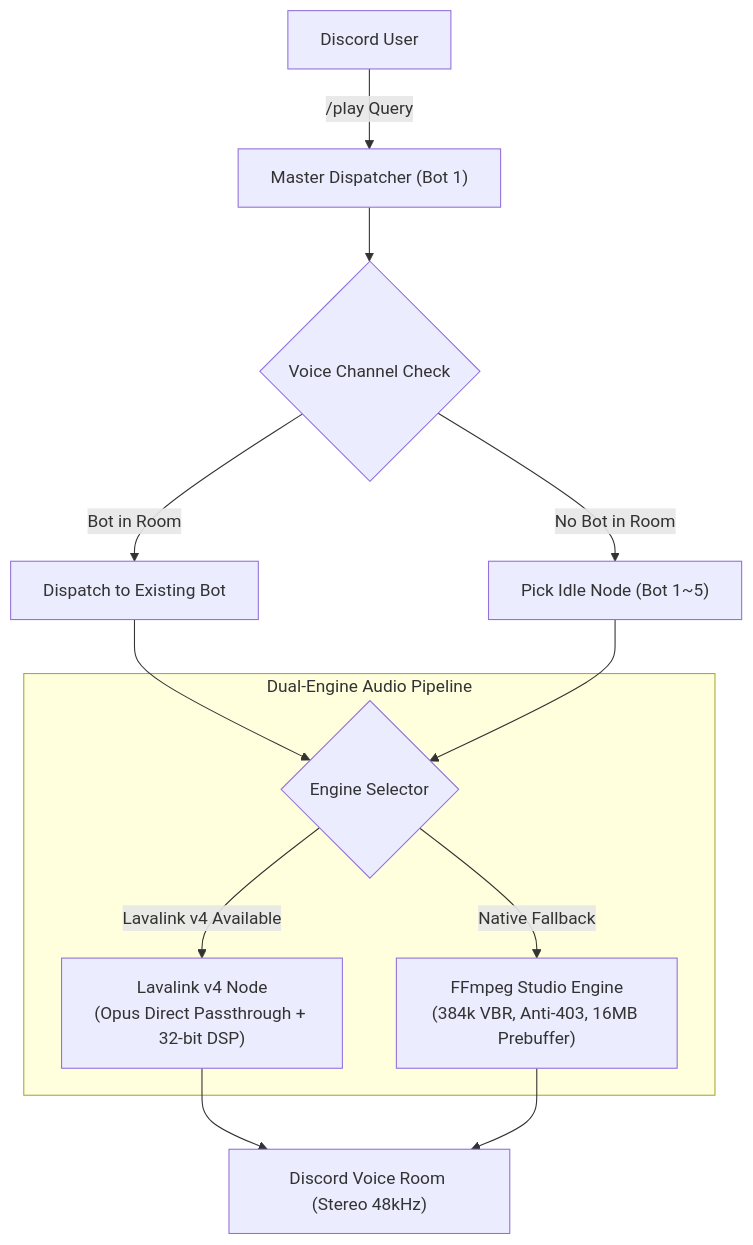
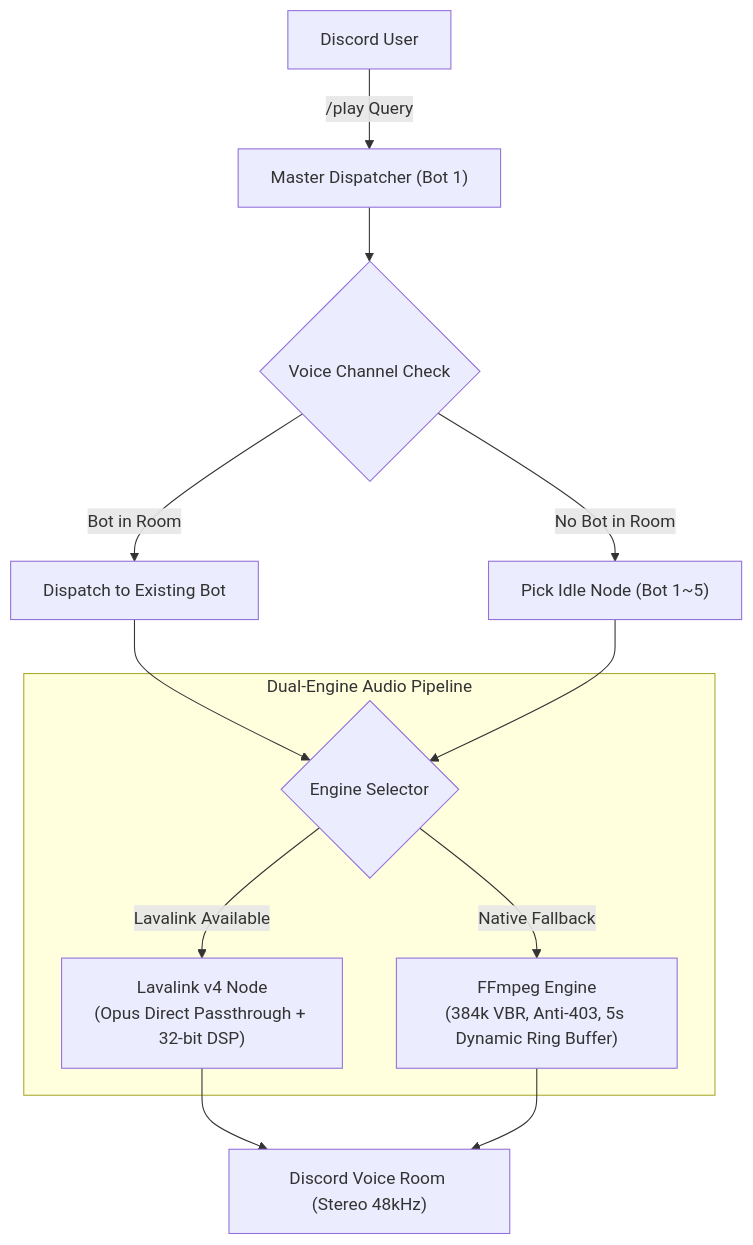
One commit to asian0626/DJ-Donut changed the diagram in README.md. Above: the diagram before and after it, drawn with Mermaid. The commit also changed other lines of this file, not shown here.

````diff
--- a/README.md
+++ b/README.md
@@ -201,18 +170,18 @@
 ```mermaid
 flowchart TD
     User["Discord User"] -->|"/play Query"| Master["Master Dispatcher (Bot 1)"]
     Master --> Route{"Voice Channel Check"}
     Route -->|Bot in Room| Existing["Dispatch to Existing Bot"]
     Route -->|No Bot in Room| Idle["Pick Idle Node (Bot 1~5)"]
     Existing --> Engine
     Idle --> Engine
     
     subgraph "Dual-Engine Audio Pipeline"
         Engine{"Engine Selector"}
-        Engine -->|Lavalink v4 Available| LV4["Lavalink v4 Node<br/>(Opus Direct Passthrough + 32-bit DSP)"]
-        Engine -->|Native Fallback| FFmpeg["FFmpeg Studio Engine<br/>(384k VBR, Anti-403, 16MB Prebuffer)"]
+        Engine -->|Lavalink Available| LV4["Lavalink v4 Node<br/>(Opus Direct Passthrough + 32-bit DSP)"]
+        Engine -->|Native Fallback| FFmpeg["FFmpeg Engine<br/>(384k VBR, Anti-403, 5s Dynamic Ring Buffer)"]
     end
     
     LV4 --> Voice["Discord Voice Room (Stereo 48kHz)"]
     FFmpeg --> Voice
 ```
````
